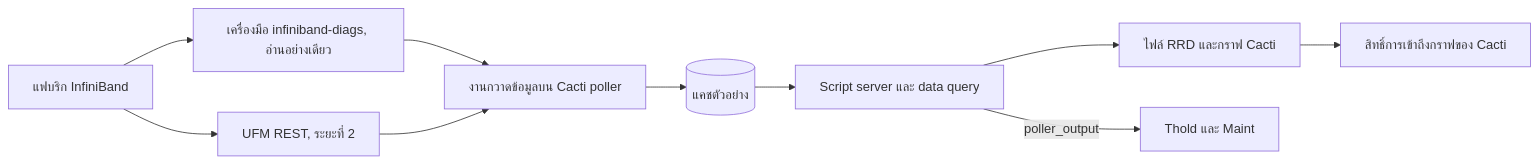
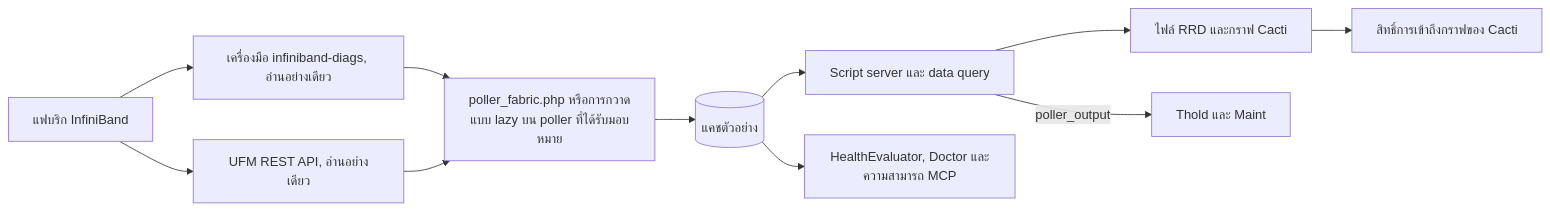
One commit to somethingwithproof/plugin_fabric changed the diagram in docs/i18n/th-TH/README.md. Above: the diagram before and after it, drawn with Mermaid. The commit also changed other lines of this file and 48 other files, not shown here.

````diff
--- a/docs/i18n/th-TH/README.md
+++ b/docs/i18n/th-TH/README.md
@@ -98,12 +132,13 @@
 ```mermaid
 flowchart LR
     F["แฟบริก InfiniBand"] --> T["เครื่องมือ infiniband-diags, อ่านอย่างเดียว"]
-    F --> U["UFM REST, ระยะที่ 2"]
-    T --> S["งานกวาดข้อมูลบน Cacti poller"]
+    F --> U["UFM REST API, อ่านอย่างเดียว"]
+    T --> S["poller_fabric.php หรือการกวาดแบบ lazy บน poller ที่ได้รับมอบหมาย"]
     U --> S
     S --> C[("แคชตัวอย่าง")]
     C --> SS["Script server และ data query"]
     SS --> R["ไฟล์ RRD และกราฟ Cacti"]
     SS -->|poller_output| TH["Thold และ Maint"]
+    C --> H["HealthEvaluator, Doctor และความสามารถ MCP"]
     R --> P["สิทธิ์การเข้าถึงกราฟของ Cacti"]
 ```
````
